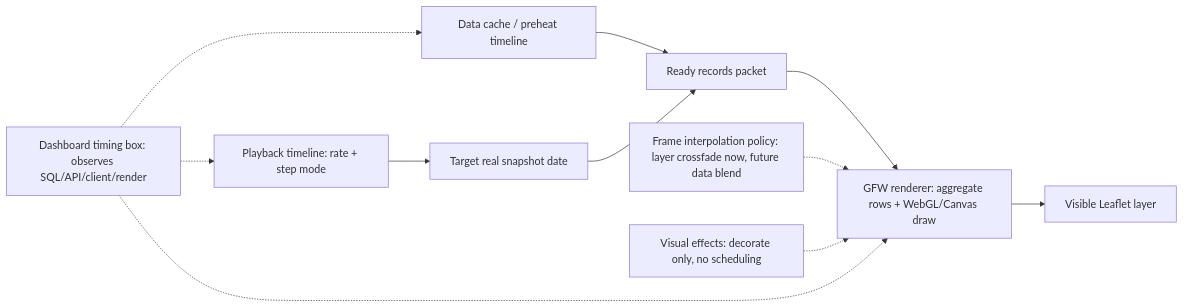
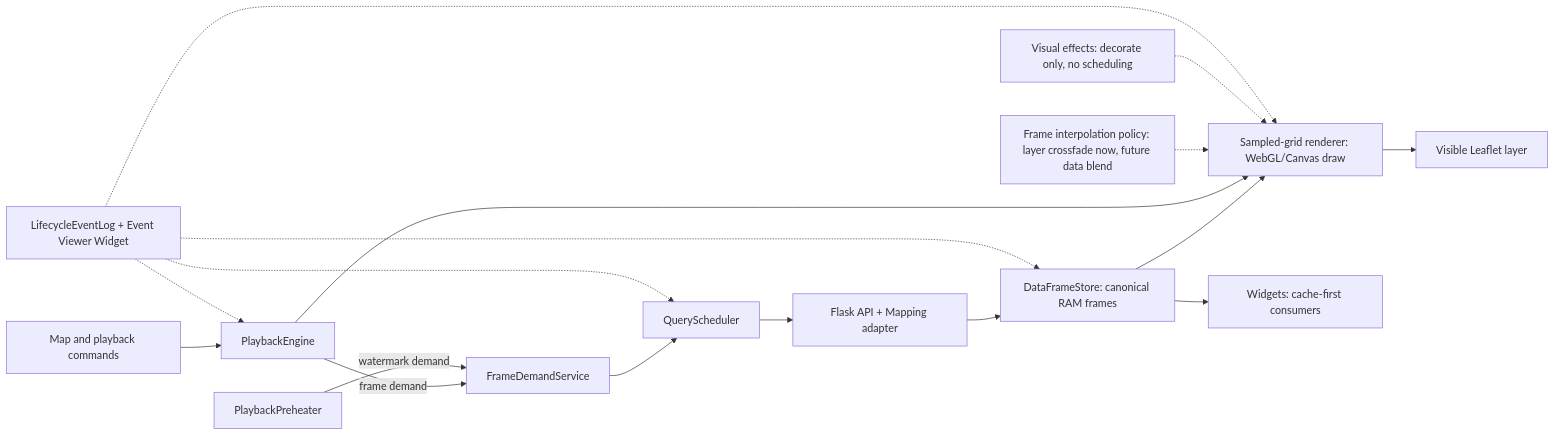
Before and after one commit to Kagamihara-Ruruka/gfw-flask-mysql-adapter: the second of 5 diagrams in README.md, drawn with Mermaid. The commit also changed other lines of this file and 187 other files, not shown here.

Commit message:
Checkpoint lifecycle and runtime architecture

````diff
--- a/README.md
+++ b/README.md
@@ -226,13 +241,19 @@
 ```mermaid
 flowchart LR
-  Clock["Playback timeline: rate + step mode"] --> Target["Target real snapshot date"]
-  Cache["Data cache / preheat timeline"] --> Packet["Ready records packet"]
-  Target --> Packet
-  Packet --> Renderer["GFW renderer: aggregate rows + WebGL/Canvas draw"]
+  UI["Map and playback commands"] --> Engine["PlaybackEngine"]
+  Engine -->|"frame demand"| Demand["FrameDemandService"]
+  Preheater["PlaybackPreheater"] -->|"watermark demand"| Demand
+  Demand --> Scheduler["QueryScheduler"]
+  Scheduler --> Adapter["Flask API + Mapping adapter"]
+  Adapter --> Store["DataFrameStore: canonical RAM frames"]
+  Store --> Renderer["Sampled-grid renderer: WebGL/Canvas draw"]
+  Store --> Widgets["Widgets: cache-first consumers"]
+  Engine --> Renderer
   Interp["Frame interpolation policy: layer crossfade now, future data blend"] -.-> Renderer
   Effects["Visual effects: decorate only, no scheduling"] -.-> Renderer
   Renderer --> Map["Visible Leaflet layer"]
-  Metrics["Dashboard timing box: observes SQL/API/client/render"] -.-> Clock
-  Metrics -.-> Cache
-  Metrics -.-> Renderer
+  Events["LifecycleEventLog + Event Viewer Widget"] -.-> Engine
+  Events -.-> Scheduler
+  Events -.-> Store
+  Events -.-> Renderer
 ```
````
